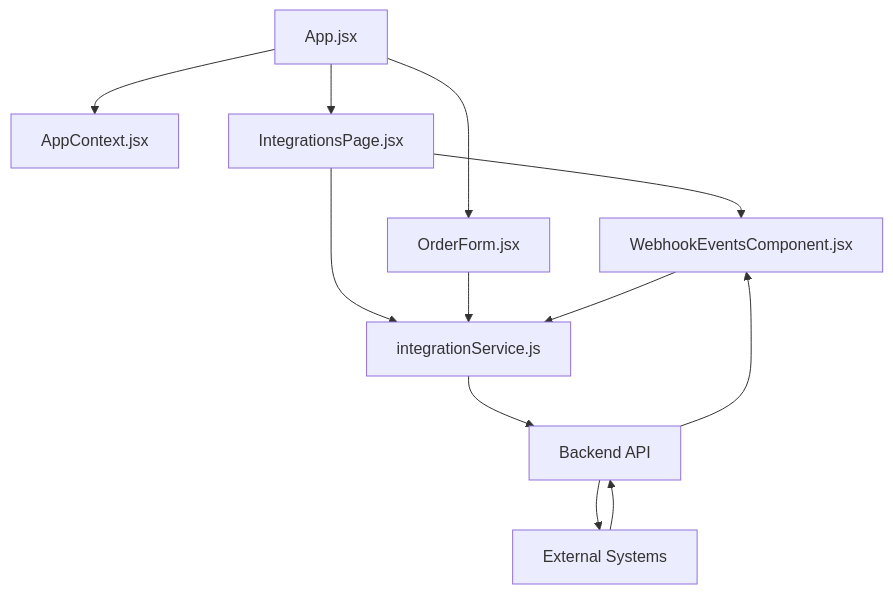
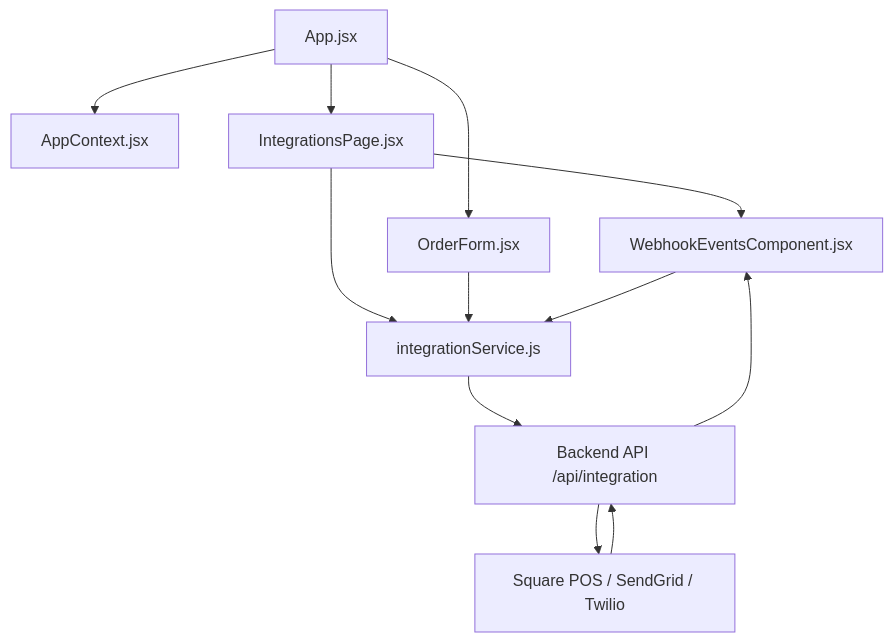
Before and after one commit to Johnv412/pizza-ops-dashboard25: the diagram in README.md, drawn with Mermaid. The commit also changed other lines of this file, not shown here.

````diff
--- a/README.md
+++ b/README.md
@@ -41,14 +35,14 @@
 ```mermaid
 graph TD
     A[App.jsx] --> B[AppContext.jsx]
     A --> C[IntegrationsPage.jsx]
     A --> D[OrderForm.jsx]
     C --> E[WebhookEventsComponent.jsx]
     C --> F[integrationService.js]
     D --> F
     E --> F
-    F --> G[Backend API]
-    G --> H[External Systems]
+    F --> G[Backend API /api/integration]
+    G --> H[Square POS / SendGrid / Twilio]
     H --> G
     G --> E
 ```
````
